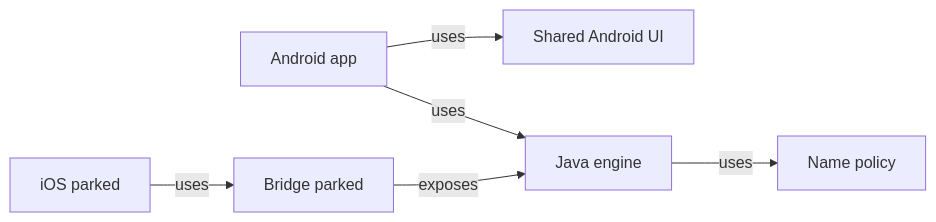
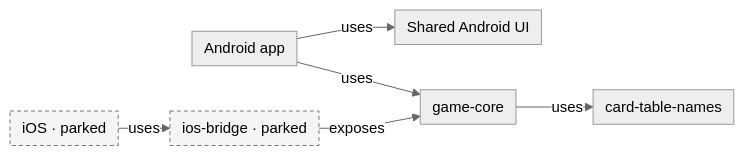
Before and after one commit to crististefanita/whist: the second of 4 diagrams in README.md, drawn with Mermaid. The commit also changed other lines of this file and 1 other file, not shown here.

````diff
--- a/README.md
+++ b/README.md
@@ -54,14 +52,17 @@
 ```mermaid
+%%{init: {"theme":"neutral","themeVariables":{"fontSize":"15px"},"themeCSS":".edgeLabel, .edgeLabel p { font-size: 12px !important; } .node rect { rx: 6px; ry: 6px; }","flowchart":{"curve":"linear","nodeSpacing":24,"rankSpacing":20,"padding":6},"sequence":{"mirrorActors":false,"messageMargin":24}}}%%
 flowchart LR
-    app[Android app]
-    atf_card_table_ui[Shared Android UI]
-    ios[iOS parked]
-    ios_bridge[Bridge parked]
-    game_core[Java engine]
-    card_table_names[Name policy]
+    app["Android app"]
+    atf_card_table_ui["Shared Android UI"]
+    ios["iOS · parked"]
+    ios_bridge["ios-bridge · parked"]
+    game_core["game-core"]
+    card_table_names["card-table-names"]
     app -->|uses| atf_card_table_ui
     app -->|uses| game_core
     ios -->|uses| ios_bridge
     ios_bridge -->|exposes| game_core
     game_core -->|uses| card_table_names
+    classDef parked fill:#f5f5f5,stroke:#777,stroke-dasharray:4 3
+    class ios,ios_bridge parked
 ```
````
